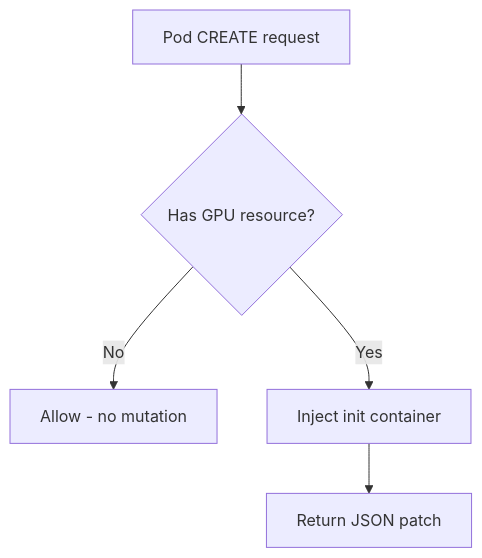
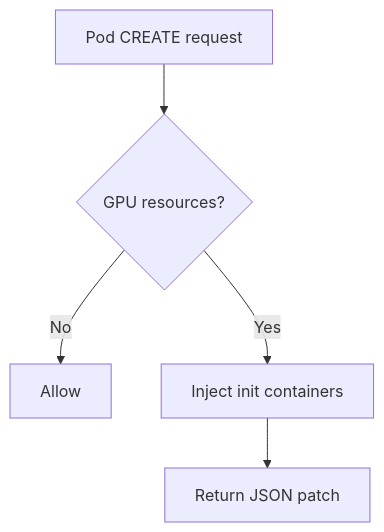
Before and after one commit to XRFXLP/NVSentinel: the first of 2 diagrams in docs/designs/026-preflight-checks.md, drawn with Mermaid. The commit also changed other lines of this file, not shown here.

````diff
--- a/docs/designs/026-preflight-checks.md
+++ b/docs/designs/026-preflight-checks.md
@@ -81,7 +54,7 @@
 ```mermaid
 flowchart TD
-    A[Pod CREATE request] --> B{Has GPU resource?}
-    B -->|No| C[Allow - no mutation]
-    B -->|Yes| D[Inject init container]
+    A[Pod CREATE request] --> B{GPU resources?}
+    B -->|No| C[Allow]
+    B -->|Yes| D[Inject init containers]
     D --> E[Return JSON patch]
 ```
````
